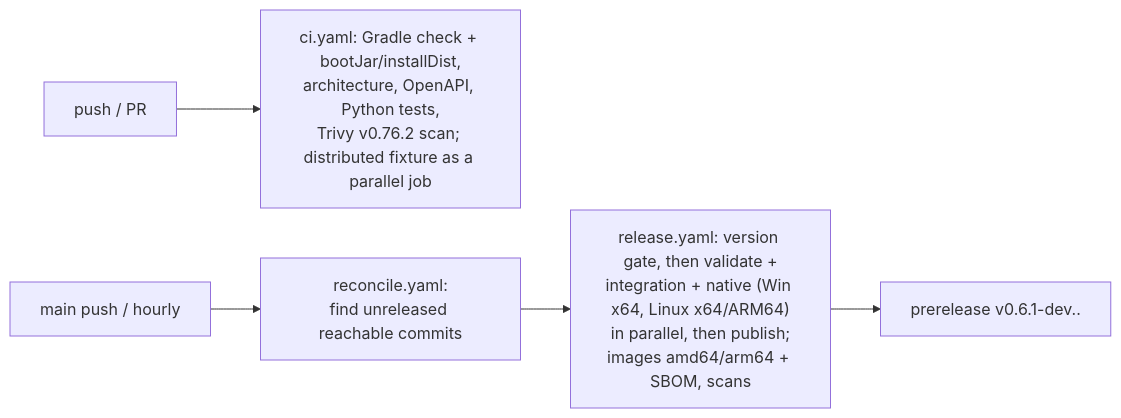
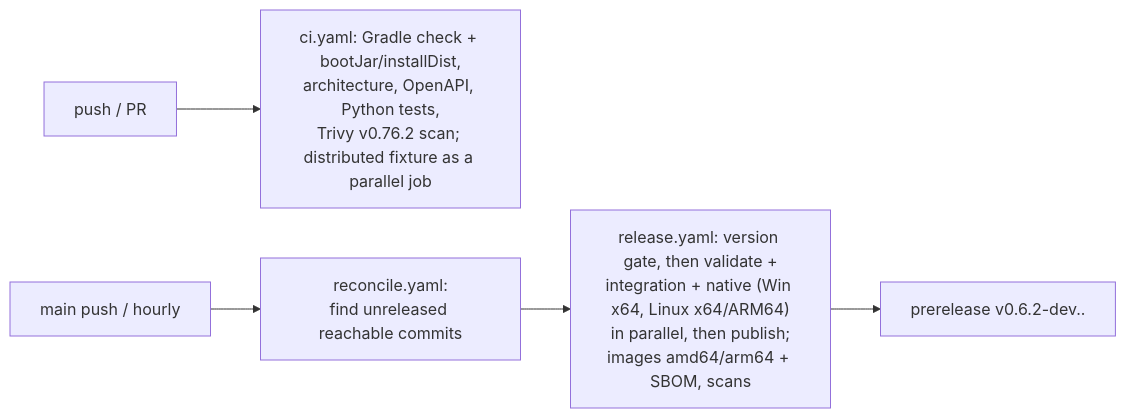
Diagram 12 of 12 in docs/GUIDE.md (athegreat90/minecraft-modsync), drawn with Mermaid before and after one commit. The commit also changed 16 other files, not shown here.

````diff
--- a/docs/GUIDE.md
+++ b/docs/GUIDE.md
@@ -384,7 +384,7 @@
 ```mermaid
 flowchart LR
   PR[push / PR] --> CI["ci.yaml: Gradle check + bootJar/installDist,\narchitecture, OpenAPI, Python tests,\nTrivy v0.76.2 scan; distributed fixture as a parallel job"]
   main[main push / hourly] --> REC["reconcile.yaml:\nfind unreleased reachable commits"]
   REC --> REL["release.yaml: version gate, then validate +\nintegration + native (Win x64, Linux x64/ARM64)\nin parallel, then publish;\nimages amd64/arm64 + SBOM, scans"]
-  REL --> PRE["prerelease v0.6.1-dev.<time>.<sha>"]
+  REL --> PRE["prerelease v0.6.2-dev.<time>.<sha>"]
 ```
````
